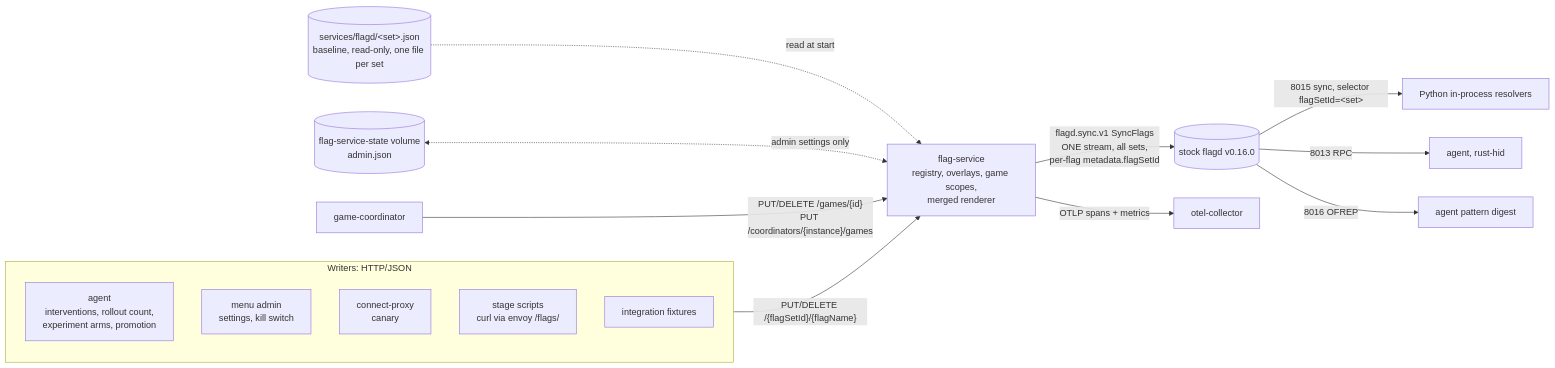
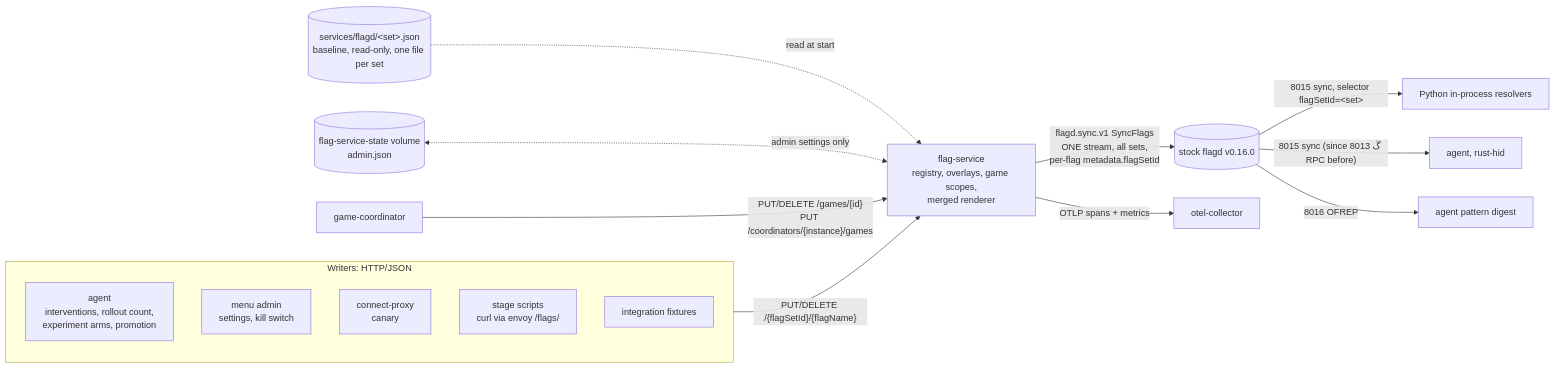
One commit to WatchMeJoustMyFlags/JoustMania changed the diagram in docs/architecture/flag-service.md. Above: the diagram before and after it, drawn with Mermaid. The commit also changed other lines of this file and 5 other files, not shown here.

First line of the commit message:
docs(flags): agent and rust-hid on the flagd in-process resolver (#1713)

````diff
--- a/docs/architecture/flag-service.md
+++ b/docs/architecture/flag-service.md
@@ -71,19 +71,19 @@
 ```mermaid
 flowchart LR
     files[("services/flagd/&lt;set&gt;.json<br/>baseline, read-only, one file per set")] -.read at start.-> fs
     admin[("flag-service-state volume<br/>admin.json")] <-.admin settings only.-> fs
     subgraph writers [Writers: HTTP/JSON]
         agent[agent<br/>interventions, rollout count,<br/>experiment arms, promotion]
         menu[menu admin<br/>settings, kill switch]
         cproxy[connect-proxy<br/>canary]
         stage[stage scripts<br/>curl via envoy /flags/]
         tests[integration fixtures]
     end
     gc[game-coordinator] -->|"PUT/DELETE /games/{id}<br/>PUT /coordinators/{instance}/games"| fs
     writers -->|"PUT/DELETE /{flagSetId}/{flagName}"| fs
     fs[flag-service<br/>registry, overlays, game scopes,<br/>merged renderer] -->|"flagd.sync.v1 SyncFlags<br/>ONE stream, all sets,<br/>per-flag metadata.flagSetId"| flagd[(stock flagd v0.16.0)]
     flagd -->|"8015 sync, selector flagSetId=&lt;set&gt;"| py[Python in-process resolvers]
-    flagd -->|8013 RPC| goagent[agent, rust-hid]
+    flagd -->|"8015 sync (since #1713; 8013 RPC before)"| goagent[agent, rust-hid]
     flagd -->|8016 OFREP| digest[agent pattern digest]
     fs -->|OTLP spans + metrics| otel[otel-collector]
 ```
````
